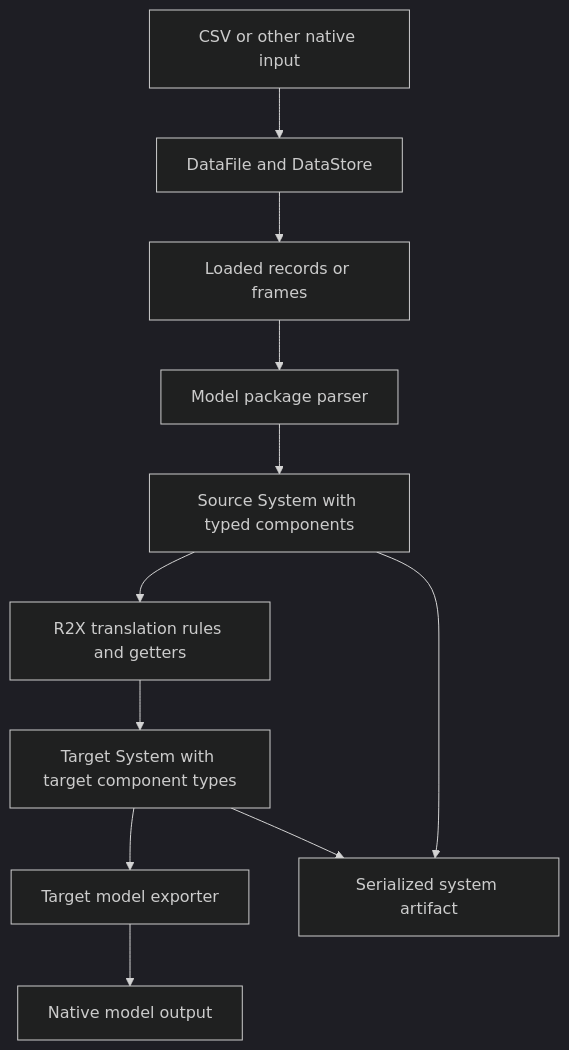
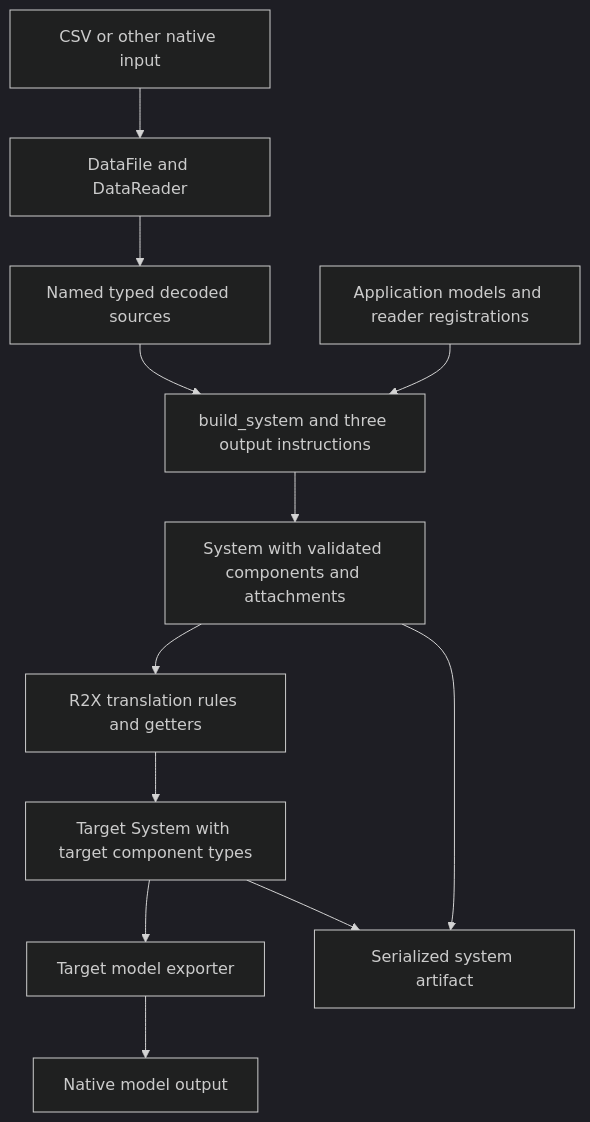
Before and after one commit to NatLabRockies/r2x-core: the diagram in docs/src/content/docs/explanations/workflow-boundaries.md, drawn with Mermaid (dark theme). The commit also changed other lines of this file and 259 other files, not shown here.

````diff
--- a/docs/src/content/docs/explanations/workflow-boundaries.md
+++ b/docs/src/content/docs/explanations/workflow-boundaries.md
@@ -16,13 +22,14 @@
 ```mermaid
 flowchart TD
-  Files[CSV or other native input] --> Reader[DataFile and DataStore]
-  Reader --> Rows[Loaded records or frames]
-  Rows --> Parser[Model package parser]
-  Parser --> Source[Source System with typed components]
+  Files[CSV or other native input] --> Reader[DataFile and DataReader]
+  Reader --> Sources[Named typed decoded sources]
+  Sources --> Build[build_system and three output instructions]
+  Models[Application models and reader registrations] --> Build
+  Build --> Source[System with validated components and attachments]
   Source --> Mapping[R2X translation rules and getters]
   Mapping --> Target[Target System with target component types]
   Target --> Exporter[Target model exporter]
   Exporter --> Native[Native model output]
   Source --> Artifact[Serialized system artifact]
   Target --> Artifact
 ```
````
